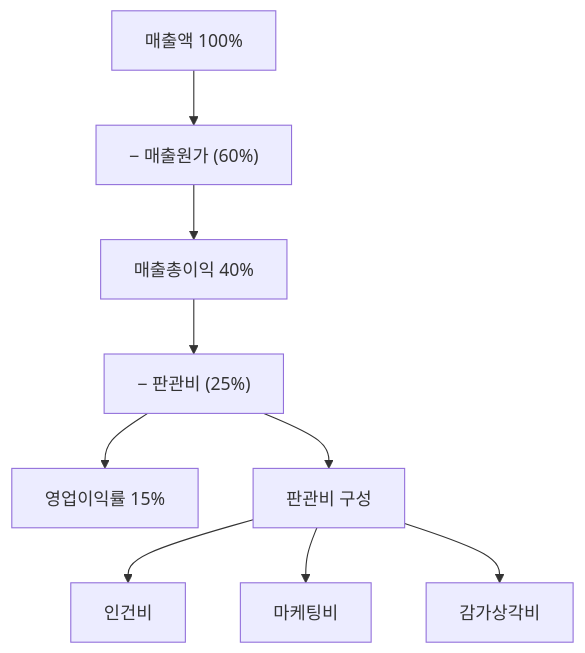
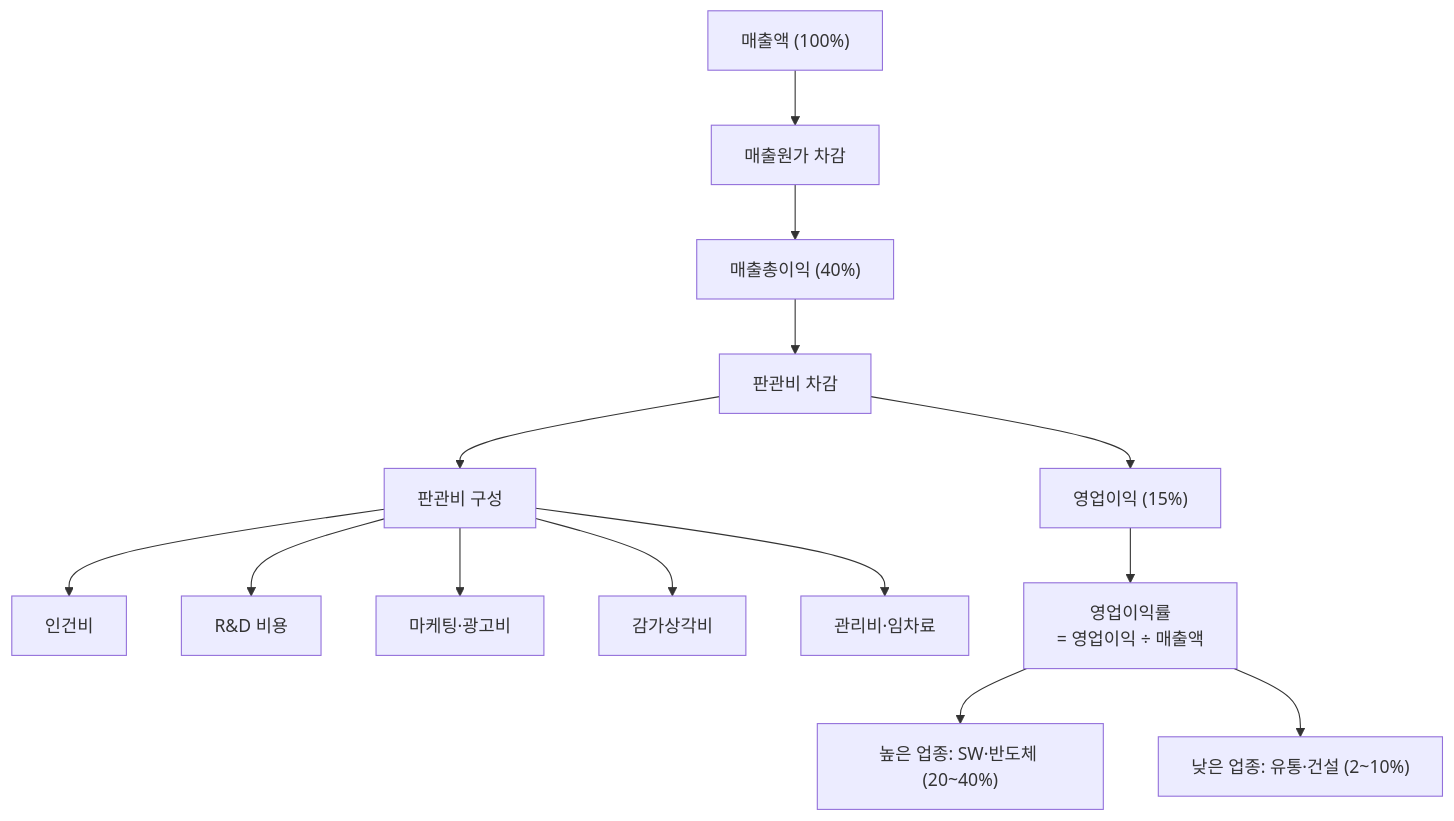
The diagram in content/stock-terms/ko/level-04-ratios/operating-margin.md (yeongseon/stock-visual-note), drawn with Mermaid before and after one commit. The commit also changed other lines of this file, not shown here.

Commit message:
content: rewrite operating-margin.md — 영업이익률 심층 분석, 산업별 비교, 분기별 추이 시나리오 추가

````diff
--- a/content/stock-terms/ko/level-04-ratios/operating-margin.md
+++ b/content/stock-terms/ko/level-04-ratios/operating-margin.md
@@ -39,12 +51,19 @@
 ```mermaid
 graph TD
-    A["매출액 100%"]
-    A --> B["− 매출원가 (60%)"]
-    B --> C["매출총이익 40%"]
-    C --> D["− 판관비 (25%)"]
-    D --> E["영업이익률 15%"]
+    A["매출액 (100%)"]
+    A --> B["매출원가 차감"]
+    B --> C["매출총이익 (40%)"]
+    C --> D["판관비 차감"]
+    D --> E["영업이익 (15%)"]
+
     D --> F["판관비 구성"]
     F --> G["인건비"]
-    F --> H["마케팅비"]
-    F --> I["감가상각비"]
+    F --> H["R&D 비용"]
+    F --> I["마케팅·광고비"]
+    F --> J["감가상각비"]
+    F --> K["관리비·임차료"]
+
+    E --> L["영업이익률<br>= 영업이익 ÷ 매출액"]
+    L --> M["높은 업종: SW·반도체 (20~40%)"]
+    L --> N["낮은 업종: 유통·건설 (2~10%)"]
 ```
````
